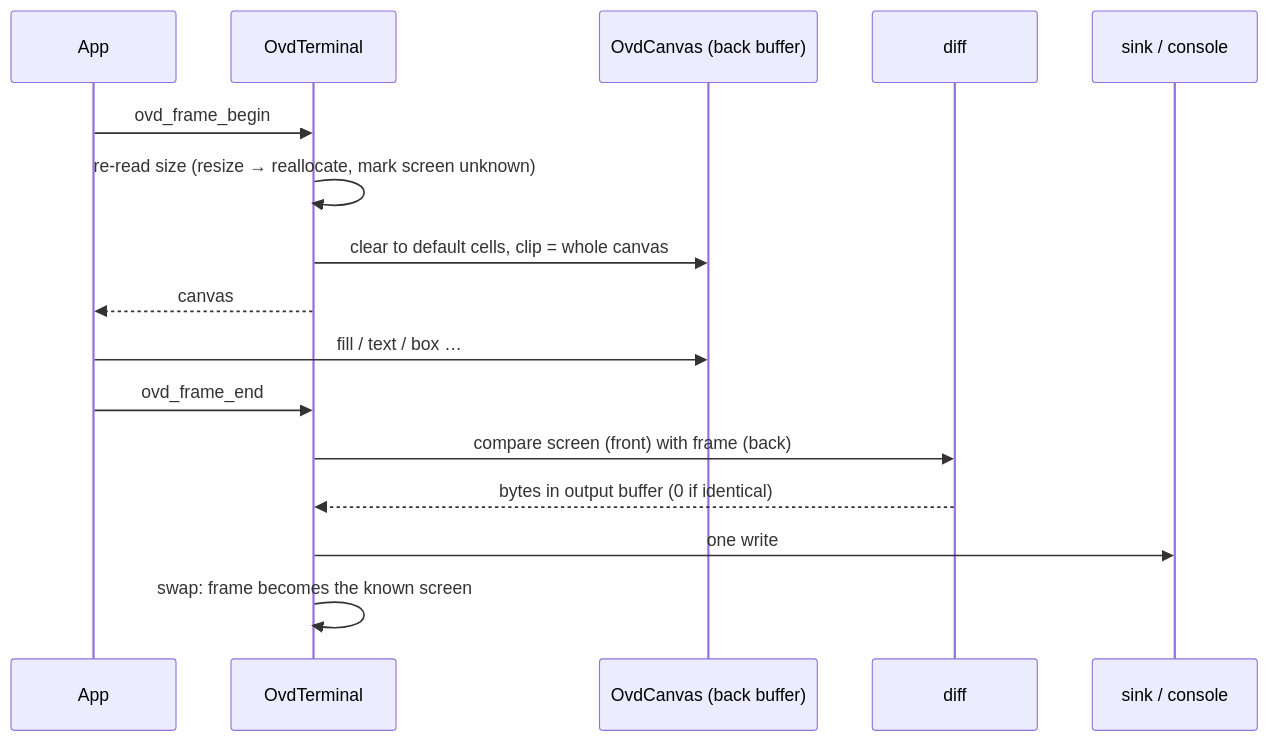
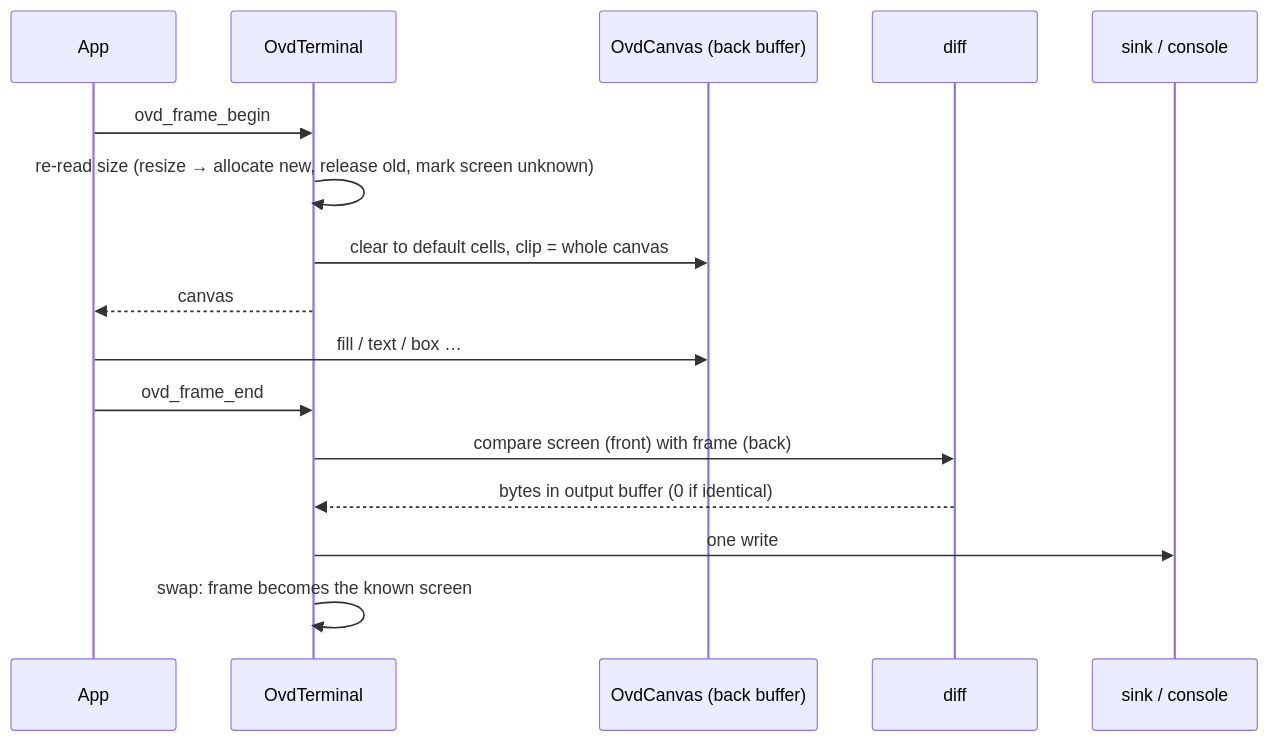
Before and after one commit to AEtherForge-Zero-Labs/overdrive: the second of 2 diagrams in docs/architecture.md, drawn with Mermaid. The commit also changed other lines of this file and 10 other files, not shown here.

````diff
--- a/docs/architecture.md
+++ b/docs/architecture.md
@@ -43,18 +43,18 @@
 ```mermaid
 sequenceDiagram
     participant App
     participant T as OvdTerminal
     participant C as OvdCanvas (back buffer)
     participant D as diff
     participant S as sink / console
     App->>T: ovd_frame_begin
-    T->>T: re-read size (resize → reallocate, mark screen unknown)
+    T->>T: re-read size (resize → allocate new, release old, mark screen unknown)
     T->>C: clear to default cells, clip = whole canvas
     T-->>App: canvas
     App->>C: fill / text / box …
     App->>T: ovd_frame_end
     T->>D: compare screen (front) with frame (back)
     D-->>T: bytes in output buffer (0 if identical)
     T->>S: one write
     T->>T: swap: frame becomes the known screen
 ```
````
